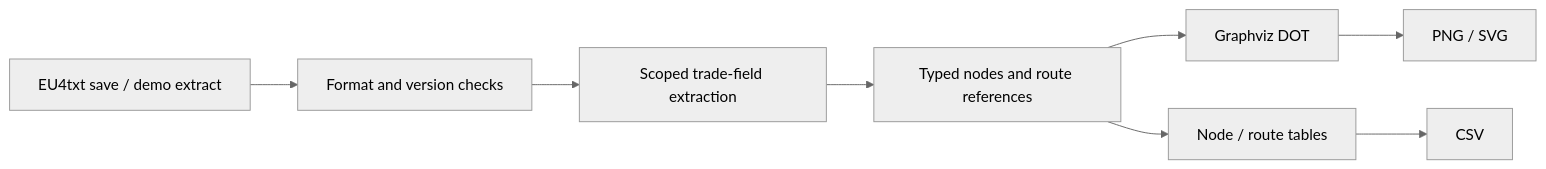
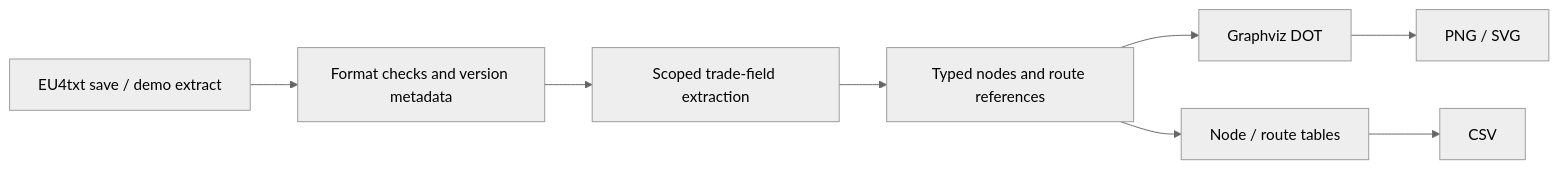
One commit to weida-feng/eu4tradegraph changed the diagram in docs/architecture.md. Above: the diagram before and after it, drawn with Mermaid (neutral theme). The commit also changed other lines of this file and 7 other files, not shown here.

````diff
--- a/docs/architecture.md
+++ b/docs/architecture.md
@@ -3,10 +3,10 @@
 ```mermaid
 flowchart LR
-    A[EU4txt save / demo extract] --> B[Format and version checks]
+    A[EU4txt save / demo extract] --> B[Format checks and version metadata]
     B --> C[Scoped trade-field extraction]
     C --> D[Typed nodes and route references]
     D --> E[Graphviz DOT]
     E --> F[PNG / SVG]
     D --> G[Node / route tables]
     G --> H[CSV]
 ```
````
